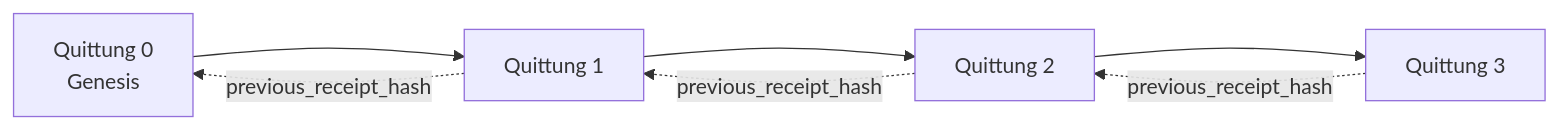
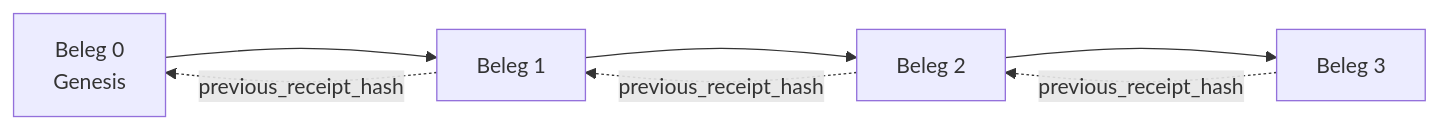
One commit to microsoft/ai-agents-for-beginners changed the second of 2 diagrams in translations/de/18-securing-ai-agents/README.md. Above: the diagram before and after it, drawn with Mermaid. The commit also changed other lines of this file and 47 other files, not shown here.

````diff
--- a/translations/de/18-securing-ai-agents/README.md
+++ b/translations/de/18-securing-ai-agents/README.md
@@ -206,9 +203,9 @@
 ```mermaid
 flowchart LR
-    R0[Quittung 0<br/>Genesis] --> R1[Quittung 1]
-    R1 --> R2[Quittung 2]
-    R2 --> R3[Quittung 3]
+    R0[Beleg 0<br/>Genesis] --> R1[Beleg 1]
+    R1 --> R2[Beleg 2]
+    R2 --> R3[Beleg 3]
     R1 -. previous_receipt_hash .-> R0
     R2 -. previous_receipt_hash .-> R1
     R3 -. previous_receipt_hash .-> R2
 ```
````
